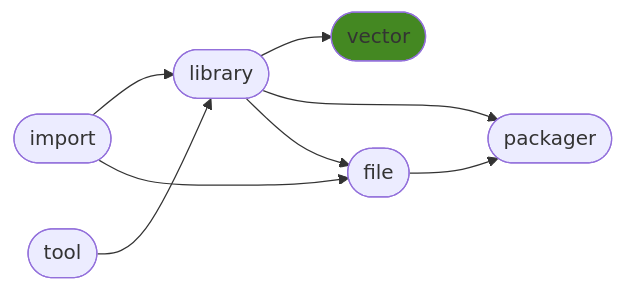
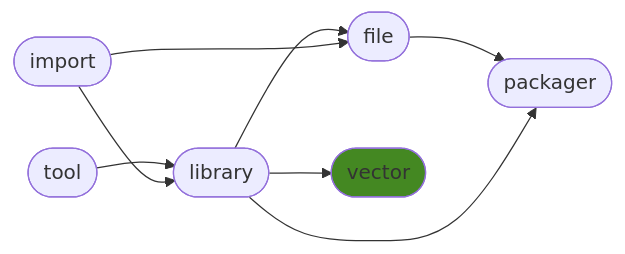
One commit to ManderaGeneral/generalvector changed the diagram in README.md. Above: the diagram before and after it, drawn with Mermaid. The commit also changed other lines of this file, not shown here.

````diff
--- a/README.md
+++ b/README.md
@@ -24,17 +24,17 @@
 ```mermaid
 flowchart LR
 3([file]) --> 5([packager])
+2([library]) --> 4([vector])
+2([library]) --> 5([packager])
 1([tool]) --> 2([library])
-2([library]) --> 4([vector])
-0([import]) --> 2([library])
-2([library]) --> 5([packager])
 2([library]) --> 3([file])
 0([import]) --> 3([file])
+0([import]) --> 2([library])
 click 0 "https://github.com/ManderaGeneral/generalimport"
 click 1 "https://github.com/ManderaGeneral/generaltool"
 click 2 "https://github.com/ManderaGeneral/generallibrary"
 click 3 "https://github.com/ManderaGeneral/generalfile"
 click 4 "https://github.com/ManderaGeneral/generalvector"
 click 5 "https://github.com/ManderaGeneral/generalpackager"
 style 4 fill:#482
 ```
````
